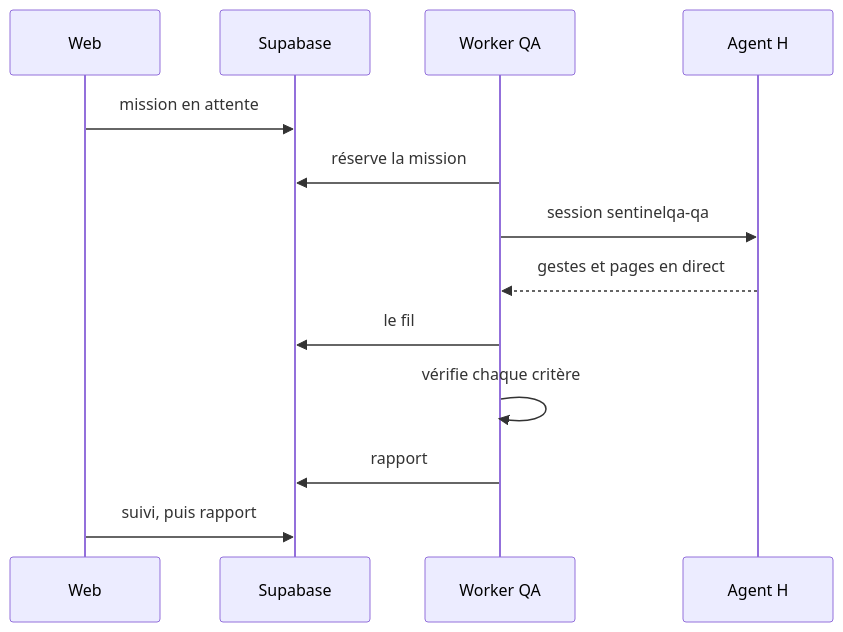
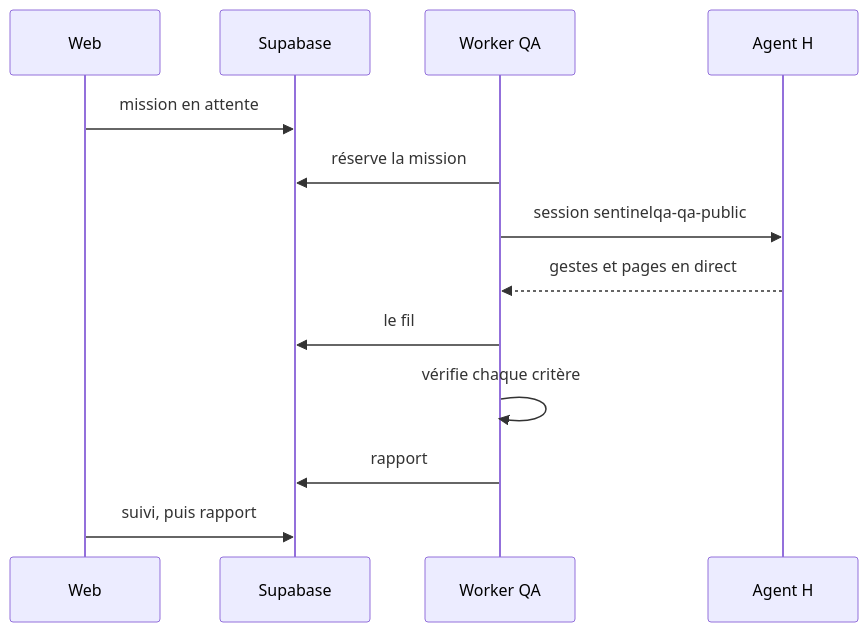
Before and after one commit to jkinvi-byte/hsentinel-alertes: the fourth of 9 diagrams in ARCHITECTURE.md, drawn with Mermaid. The commit also changed other lines of this file and 11 other files, not shown here.

First line of the commit message:
QA connecté sur Peer Review ; agent QA public recréé ; architecture relue contre le code

````diff
--- a/ARCHITECTURE.md
+++ b/ARCHITECTURE.md
@@ -106,15 +109,15 @@
 ```mermaid
 sequenceDiagram
   participant W as Web
   participant DB as Supabase
   participant R as Worker QA
   participant H as Agent H
   W->>DB: mission en attente
   R->>DB: réserve la mission
-  R->>H: session sentinelqa-qa
+  R->>H: session sentinelqa-qa-public
   H-->>R: gestes et pages en direct
   R->>DB: le fil
   R->>R: vérifie chaque critère
   R->>DB: rapport
   W->>DB: suivi, puis rapport
 ```
````
